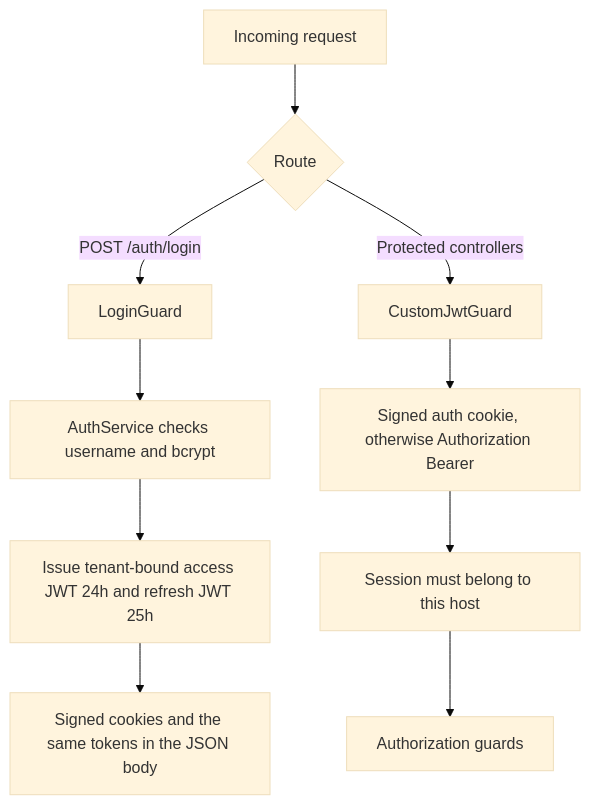
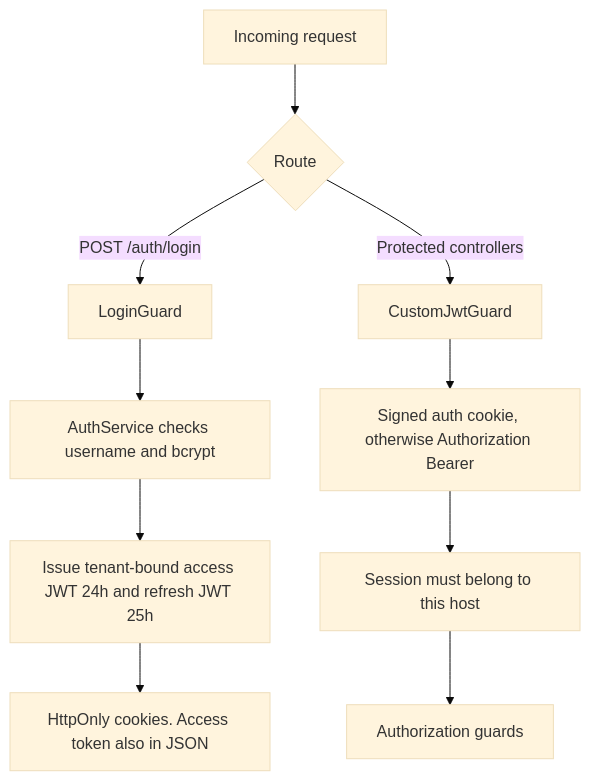
The fourth of 5 diagrams in docs/architecture/ARCHITECTURE.md (faraz455/nestjs-prisma-mysql), drawn with Mermaid (base theme) before and after one commit. The commit also changed other lines of this file and 10 other files, not shown here.

````diff
--- a/docs/architecture/ARCHITECTURE.md
+++ b/docs/architecture/ARCHITECTURE.md
@@ -57,12 +57,12 @@
 ```mermaid
 flowchart TD
   request["Incoming request"] --> which{"Route"}
   which -->|"POST /auth/login"| login["LoginGuard"]
   login --> bcrypt["AuthService checks username and bcrypt"]
   bcrypt --> issue["Issue tenant-bound access JWT 24h and refresh JWT 25h"]
-  issue --> cookies["Signed cookies and the same tokens in the JSON body"]
+  issue --> cookies["HttpOnly cookies. Access token also in JSON"]
   which -->|"Protected controllers"| jwt["CustomJwtGuard"]
   jwt --> read["Signed auth cookie, otherwise Authorization Bearer"]
   read --> user["Session must belong to this host"]
   user --> next["Authorization guards"]
 ```
````
